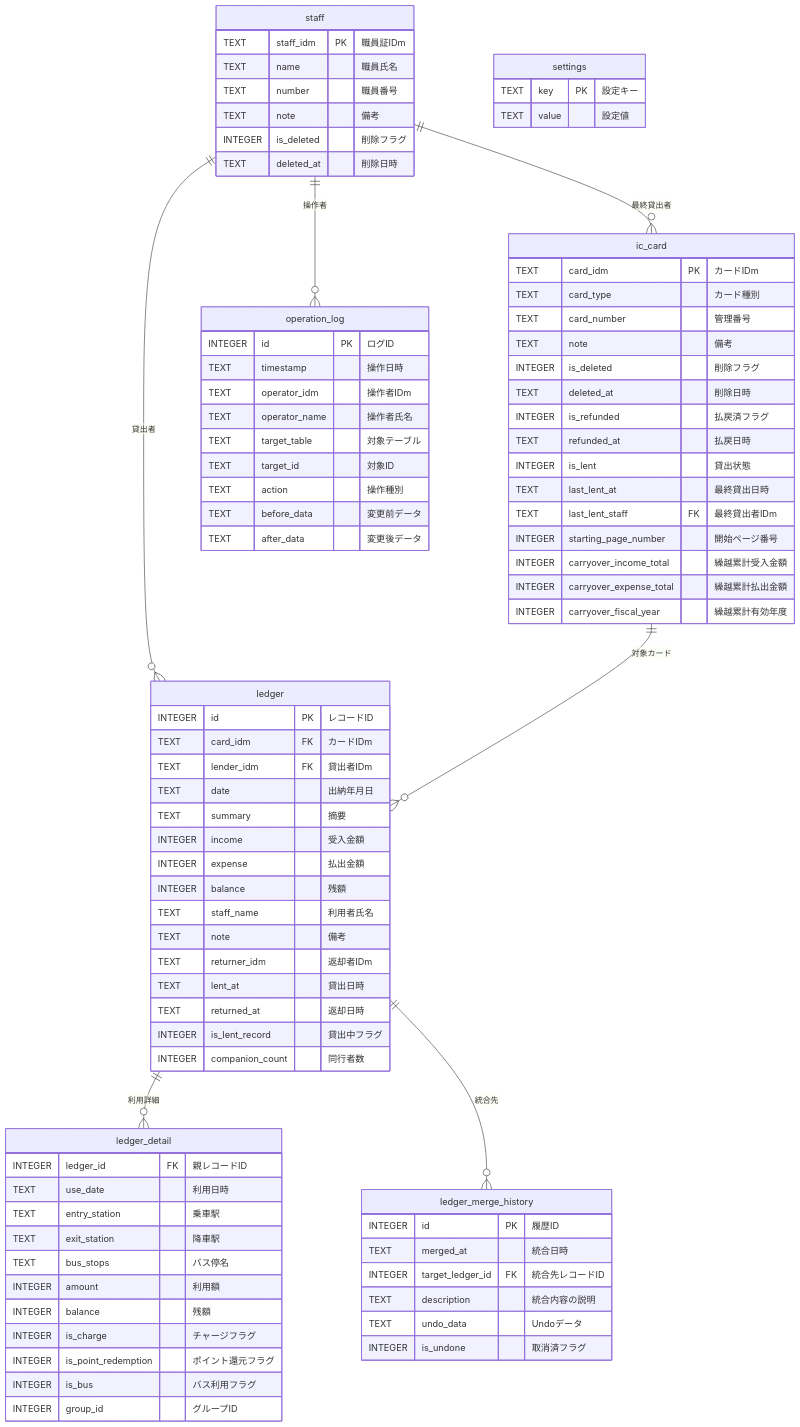
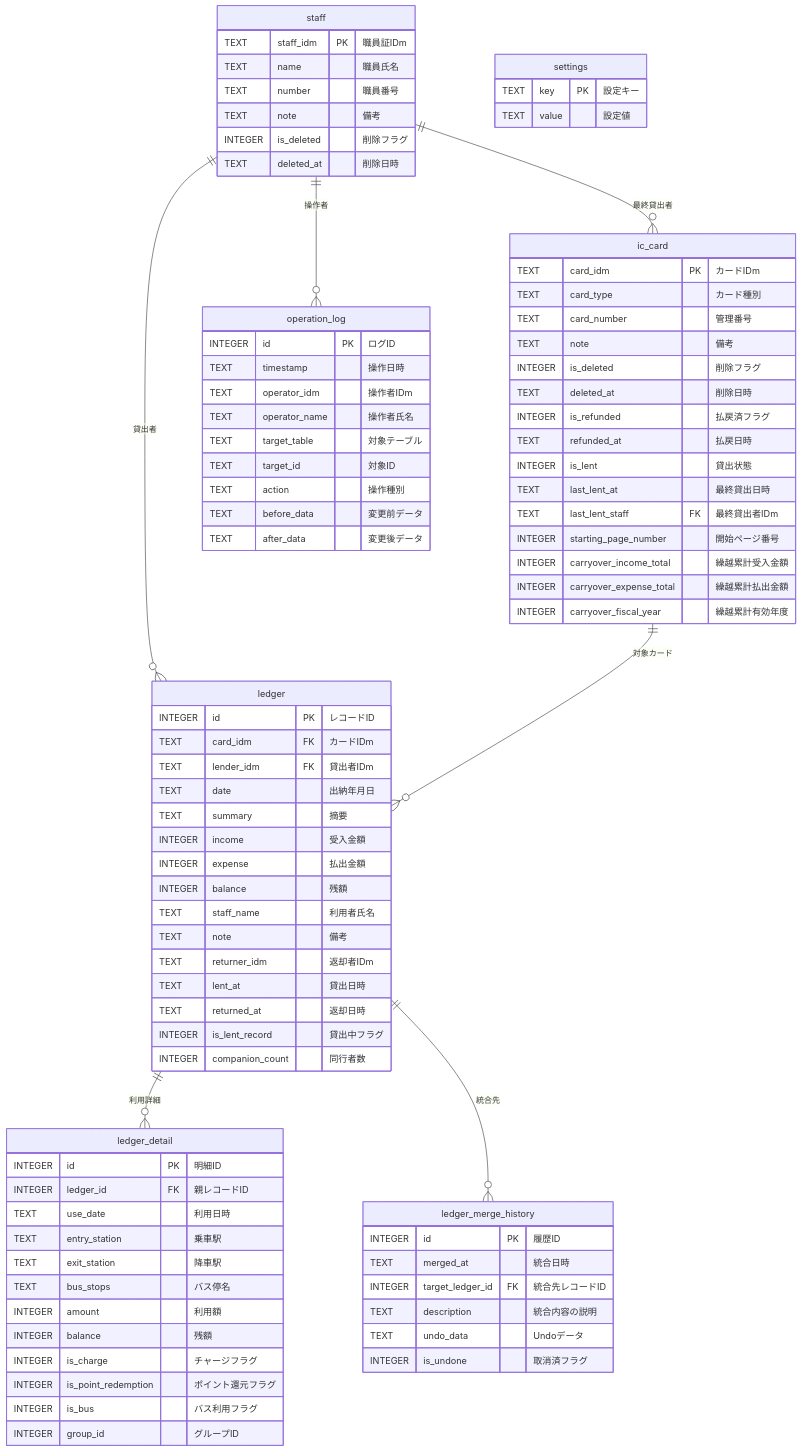
One commit to kuwayamamasayuki/ICCardManager changed the diagram in ICCardManager/docs/design/02_DB設計書.md. Above: the diagram before and after it, drawn with Mermaid. The commit also changed other lines of this file and 28 other files, not shown here.

```diff
--- a/ICCardManager/docs/design/02_DB設計書.md
+++ b/ICCardManager/docs/design/02_DB設計書.md
@@ -109,6 +109,7 @@
     }
 
     ledger_detail {
+        INTEGER id PK "明細ID"
         INTEGER ledger_id FK "親レコードID"
         TEXT use_date "利用日時"
         TEXT entry_station "乗車駅"
```
